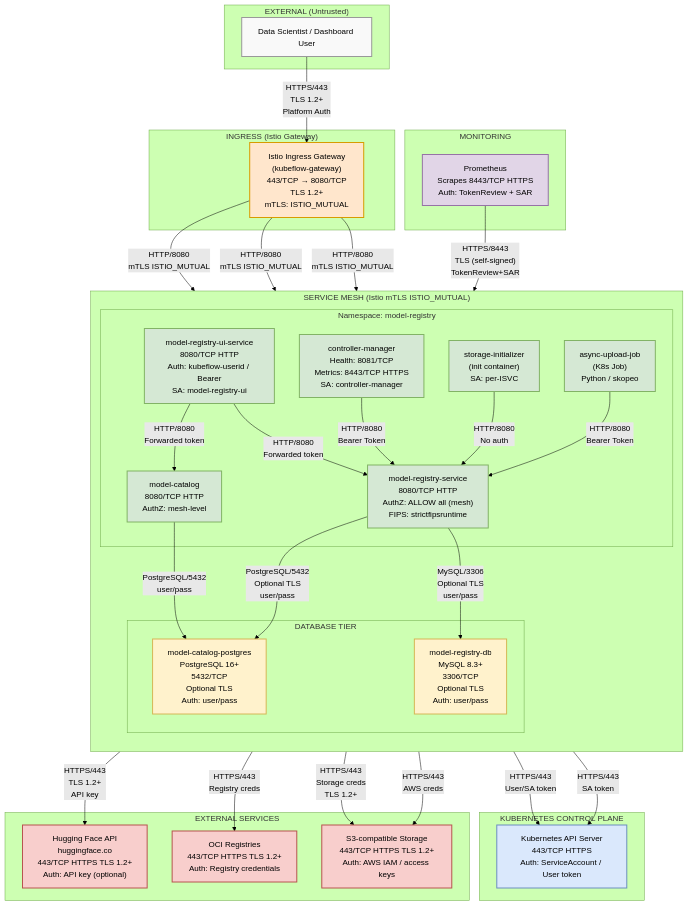
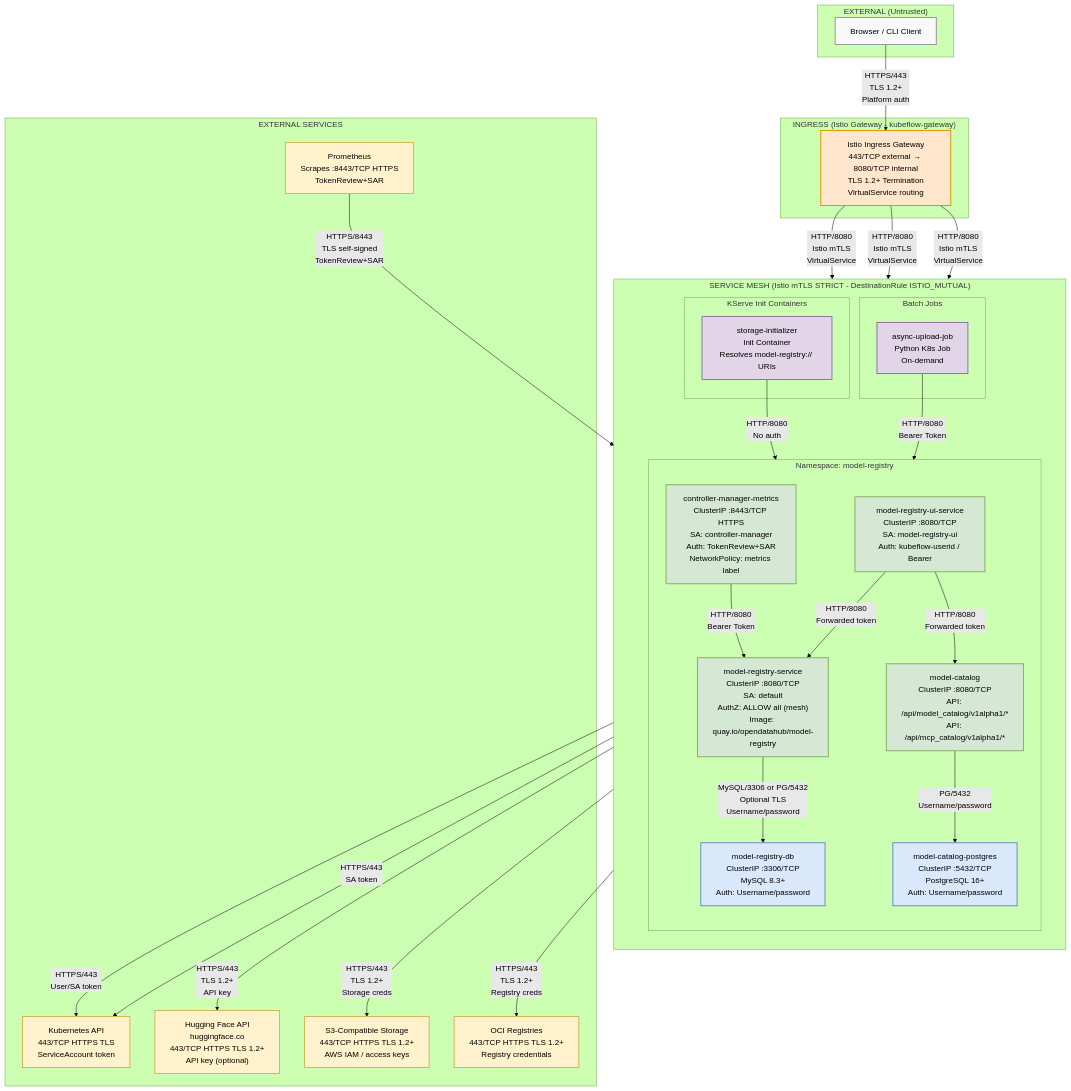
Before and after one commit to rhuss/architecture-context: the diagram in architecture/rhoai.next/diagrams/model-registry-security-network.mmd, drawn with Mermaid (forest theme). The commit also changed 935 other files, not shown here.

First line of the commit message:
regenerate architecture for rhoai.next

```diff
--- a/architecture/rhoai.next/diagrams/model-registry-security-network.mmd
+++ b/architecture/rhoai.next/diagrams/model-registry-security-network.mmd
@@ -1,92 +1,90 @@
 graph TB
     subgraph External["EXTERNAL (Untrusted)"]
-        Client["Data Scientist / Dashboard User"]
+        Client["Browser / CLI Client"]
     end
 
-    subgraph Ingress["INGRESS (Istio Gateway)"]
-        Gateway["Istio Ingress Gateway<br/>(kubeflow-gateway)<br/>443/TCP → 8080/TCP<br/>TLS 1.2+<br/>mTLS: ISTIO_MUTUAL"]
+    subgraph Ingress["INGRESS (Istio Gateway - kubeflow-gateway)"]
+        Gateway["Istio Ingress Gateway<br/>443/TCP external → 8080/TCP internal<br/>TLS 1.2+ Termination<br/>VirtualService routing"]
     end
 
-    subgraph ServiceMesh["SERVICE MESH (Istio mTLS ISTIO_MUTUAL)"]
+    subgraph ServiceMesh["SERVICE MESH (Istio mTLS STRICT - DestinationRule ISTIO_MUTUAL)"]
         direction TB
 
         subgraph NS_MR["Namespace: model-registry"]
-            Proxy["model-registry-service<br/>8080/TCP HTTP<br/>AuthZ: ALLOW all (mesh)<br/>FIPS: strictfipsruntime"]
-            BFF["model-registry-ui-service<br/>8080/TCP HTTP<br/>Auth: kubeflow-userid / Bearer<br/>SA: model-registry-ui"]
-            CatalogSvc["model-catalog<br/>8080/TCP HTTP<br/>AuthZ: mesh-level"]
-            Controller["controller-manager<br/>Health: 8081/TCP<br/>Metrics: 8443/TCP HTTPS<br/>SA: controller-manager"]
-            CSI["storage-initializer<br/>(init container)<br/>SA: per-ISVC"]
-            AsyncJob["async-upload-job<br/>(K8s Job)<br/>Python / skopeo"]
+            direction TB
+
+            MRService["model-registry-service<br/>ClusterIP :8080/TCP<br/>SA: default<br/>AuthZ: ALLOW all (mesh)<br/>Image: quay.io/opendatahub/model-registry"]
+
+            CatalogService["model-catalog<br/>ClusterIP :8080/TCP<br/>API: /api/model_catalog/v1alpha1/*<br/>API: /api/mcp_catalog/v1alpha1/*"]
+
+            UIService["model-registry-ui-service<br/>ClusterIP :8080/TCP<br/>SA: model-registry-ui<br/>Auth: kubeflow-userid / Bearer"]
+
+            ControllerMetrics["controller-manager-metrics<br/>ClusterIP :8443/TCP HTTPS<br/>SA: controller-manager<br/>Auth: TokenReview+SAR<br/>NetworkPolicy: metrics label"]
+
+            MRDB["model-registry-db<br/>ClusterIP :3306/TCP<br/>MySQL 8.3+<br/>Auth: Username/password"]
+
+            CatalogDB["model-catalog-postgres<br/>ClusterIP :5432/TCP<br/>PostgreSQL 16+<br/>Auth: Username/password"]
         end
 
-        subgraph NS_DB["DATABASE TIER"]
-            MySQL["model-registry-db<br/>MySQL 8.3+<br/>3306/TCP<br/>Optional TLS<br/>Auth: user/pass"]
-            PostgreSQL["model-catalog-postgres<br/>PostgreSQL 16+<br/>5432/TCP<br/>Optional TLS<br/>Auth: user/pass"]
+        subgraph NS_KServe["KServe Init Containers"]
+            CSI["storage-initializer<br/>Init Container<br/>Resolves model-registry:// URIs"]
+        end
+
+        subgraph NS_Jobs["Batch Jobs"]
+            AsyncJob["async-upload-job<br/>Python K8s Job<br/>On-demand"]
         end
     end
 
-    subgraph K8sControl["KUBERNETES CONTROL PLANE"]
-        K8sAPI["Kubernetes API Server<br/>443/TCP HTTPS<br/>Auth: ServiceAccount / User token"]
-    end
-
     subgraph ExternalServices["EXTERNAL SERVICES"]
-        HuggingFace["Hugging Face API<br/>huggingface.co<br/>443/TCP HTTPS TLS 1.2+<br/>Auth: API key (optional)"]
-        OCIReg["OCI Registries<br/>443/TCP HTTPS TLS 1.2+<br/>Auth: Registry credentials"]
-        S3["S3-compatible Storage<br/>443/TCP HTTPS TLS 1.2+<br/>Auth: AWS IAM / access keys"]
-    end
-
-    subgraph Monitoring["MONITORING"]
-        Prometheus["Prometheus<br/>Scrapes 8443/TCP HTTPS<br/>Auth: TokenReview + SAR"]
+        K8sAPI["Kubernetes API<br/>443/TCP HTTPS TLS<br/>ServiceAccount token"]
+        HuggingFace["Hugging Face API<br/>huggingface.co<br/>443/TCP HTTPS TLS 1.2+<br/>API key (optional)"]
+        S3["S3-Compatible Storage<br/>443/TCP HTTPS TLS 1.2+<br/>AWS IAM / access keys"]
+        OCIReg["OCI Registries<br/>443/TCP HTTPS TLS 1.2+<br/>Registry credentials"]
+        Prometheus["Prometheus<br/>Scrapes :8443/TCP HTTPS<br/>TokenReview+SAR"]
     end
 
     %% External → Ingress
-    Client -->|"HTTPS/443<br/>TLS 1.2+<br/>Platform Auth"| Gateway
+    Client -->|"HTTPS/443<br/>TLS 1.2+<br/>Platform auth"| Gateway
 
-    %% Ingress → Services
-    Gateway -->|"HTTP/8080<br/>mTLS ISTIO_MUTUAL"| Proxy
-    Gateway -->|"HTTP/8080<br/>mTLS ISTIO_MUTUAL"| BFF
-    Gateway -->|"HTTP/8080<br/>mTLS ISTIO_MUTUAL"| CatalogSvc
+    %% Ingress → Services (mTLS)
+    Gateway -->|"HTTP/8080<br/>Istio mTLS<br/>VirtualService"| MRService
+    Gateway -->|"HTTP/8080<br/>Istio mTLS<br/>VirtualService"| CatalogService
+    Gateway -->|"HTTP/8080<br/>Istio mTLS<br/>VirtualService"| UIService
 
-    %% BFF → Backend
-    BFF -->|"HTTP/8080<br/>Forwarded token"| Proxy
-    BFF -->|"HTTP/8080<br/>Forwarded token"| CatalogSvc
-    BFF -->|"HTTPS/443<br/>User/SA token"| K8sAPI
+    %% Internal service communication
+    UIService -->|"HTTP/8080<br/>Forwarded token"| MRService
+    UIService -->|"HTTP/8080<br/>Forwarded token"| CatalogService
+    UIService -->|"HTTPS/443<br/>User/SA token"| K8sAPI
 
-    %% Controller → Services
-    Controller -->|"HTTP/8080<br/>Bearer Token"| Proxy
-    Controller -->|"HTTPS/443<br/>SA token"| K8sAPI
+    %% Controller
+    ControllerMetrics -->|"HTTP/8080<br/>Bearer Token"| MRService
+    ControllerMetrics -->|"HTTPS/443<br/>SA token"| K8sAPI
 
-    %% CSI → Services
-    CSI -->|"HTTP/8080<br/>No auth"| Proxy
-    CSI -->|"HTTPS/443<br/>Storage creds<br/>TLS 1.2+"| S3
+    %% Database connections
+    MRService -->|"MySQL/3306 or PG/5432<br/>Optional TLS<br/>Username/password"| MRDB
+    CatalogService -->|"PG/5432<br/>Username/password"| CatalogDB
 
-    %% Async Job → Services
-    AsyncJob -->|"HTTP/8080<br/>Bearer Token"| Proxy
-    AsyncJob -->|"HTTPS/443<br/>Registry creds"| OCIReg
-    AsyncJob -->|"HTTPS/443<br/>AWS creds"| S3
+    %% CSI & Jobs
+    CSI -->|"HTTP/8080<br/>No auth"| MRService
+    AsyncJob -->|"HTTP/8080<br/>Bearer Token"| MRService
+    AsyncJob -->|"HTTPS/443<br/>TLS 1.2+<br/>Storage creds"| S3
+    AsyncJob -->|"HTTPS/443<br/>TLS 1.2+<br/>Registry creds"| OCIReg
 
-    %% Services → Databases
-    Proxy -->|"MySQL/3306<br/>Optional TLS<br/>user/pass"| MySQL
-    Proxy -->|"PostgreSQL/5432<br/>Optional TLS<br/>user/pass"| PostgreSQL
-    CatalogSvc -->|"PostgreSQL/5432<br/>user/pass"| PostgreSQL
-    CatalogSvc -->|"HTTPS/443<br/>TLS 1.2+<br/>API key"| HuggingFace
-
-    %% Monitoring
-    Prometheus -->|"HTTPS/8443<br/>TLS (self-signed)<br/>TokenReview+SAR"| Controller
+    %% External egress
+    CatalogService -->|"HTTPS/443<br/>TLS 1.2+<br/>API key"| HuggingFace
+    Prometheus -->|"HTTPS/8443<br/>TLS self-signed<br/>TokenReview+SAR"| ControllerMetrics
 
     %% Styling
     classDef external fill:#f9f9f9,stroke:#999,stroke-width:2px
     classDef ingress fill:#ffe6cc,stroke:#d79b00,stroke-width:2px
     classDef servicemesh fill:#d5e8d4,stroke:#82b366,stroke-width:2px
-    classDef database fill:#fff2cc,stroke:#d6b656,stroke-width:2px
-    classDef externalservice fill:#f8cecc,stroke:#b85450,stroke-width:2px
-    classDef k8s fill:#dae8fc,stroke:#6c8ebf,stroke-width:2px
-    classDef monitoring fill:#e1d5e7,stroke:#9673a6,stroke-width:2px
+    classDef database fill:#dae8fc,stroke:#6c8ebf,stroke-width:2px
+    classDef externalservice fill:#fff2cc,stroke:#d6b656,stroke-width:2px
+    classDef job fill:#e1d5e7,stroke:#9673a6,stroke-width:2px
 
     class Client external
     class Gateway ingress
-    class Proxy,BFF,CatalogSvc,Controller,CSI,AsyncJob servicemesh
-    class MySQL,PostgreSQL database
-    class HuggingFace,OCIReg,S3 externalservice
-    class K8sAPI k8s
-    class Prometheus monitoring
+    class MRService,CatalogService,UIService,ControllerMetrics servicemesh
+    class MRDB,CatalogDB database
+    class CSI,AsyncJob job
+    class K8sAPI,HuggingFace,S3,OCIReg,Prometheus externalservice
```
